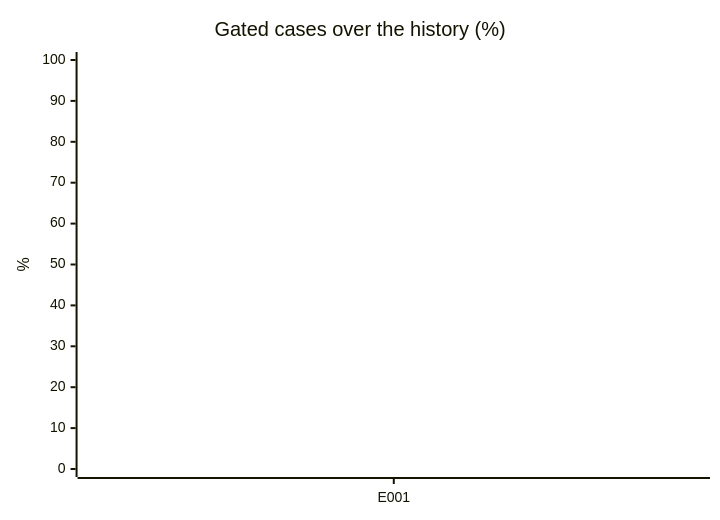
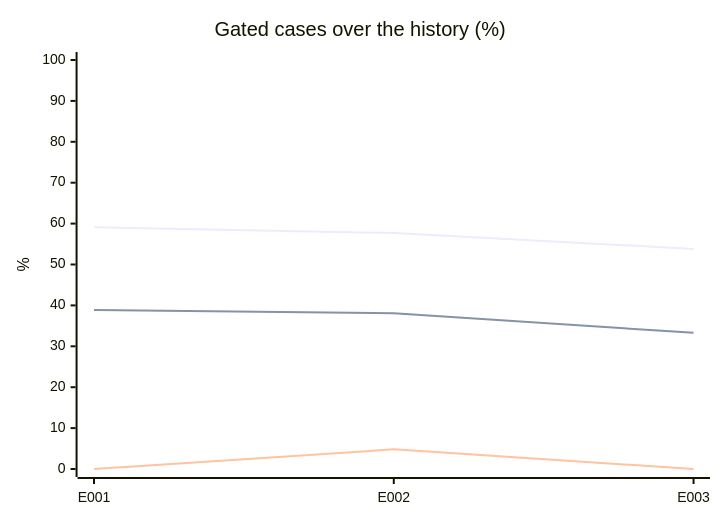
One commit to acarbonellb/anti-fraud-agent changed the diagram in evals/report.md. Above: the diagram before and after it, drawn with Mermaid. The commit also changed other lines of this file and 134 other files, not shown here.

````diff
--- a/evals/report.md
+++ b/evals/report.md
@@ -36,9 +38,9 @@
 ```mermaid
 xychart-beta
   title "Gated cases over the history (%)"
-  x-axis [E001]
+  x-axis [E001, E002, E003]
   y-axis "%" 0 --> 100
-  line [59.1]
-  line [38.9]
-  line [0]
+  line [59.1, 57.7, 53.8]
+  line [38.9, 38.1, 33.3]
+  line [0, 4.8, 0]
 ```
````
